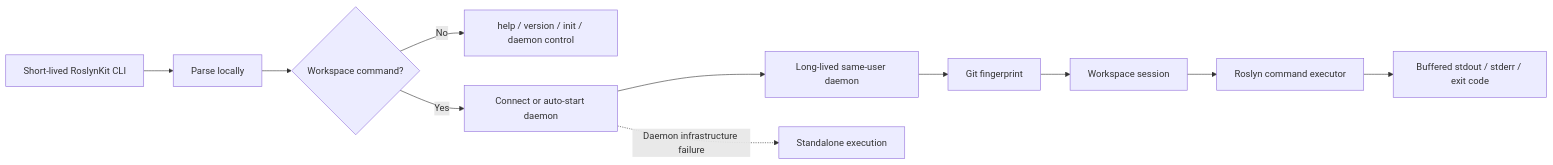
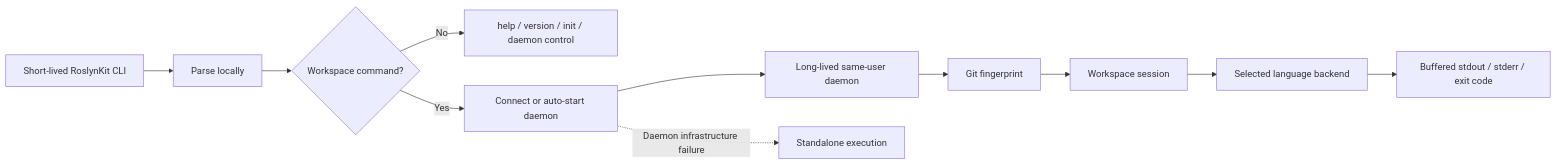
The diagram in docs/daemon.md (jgador/roslynkit), drawn with Mermaid before and after one commit. The commit also changed other lines of this file and 55 other files, not shown here.

````diff
--- a/docs/daemon.md
+++ b/docs/daemon.md
@@ -11,13 +11,13 @@
 ```mermaid
 flowchart LR
     CLI[Short-lived RoslynKit CLI] --> Parse[Parse locally]
     Parse --> Local{Workspace command?}
     Local -->|No| ExecuteLocal[help / version / init / daemon control]
     Local -->|Yes| Pipe[Connect or auto-start daemon]
     Pipe --> Daemon[Long-lived same-user daemon]
     Daemon --> Fingerprint[Git fingerprint]
     Fingerprint --> Session[Workspace session]
-    Session --> Executor[Roslyn command executor]
+    Session --> Executor[Selected language backend]
     Executor --> Response[Buffered stdout / stderr / exit code]
     Pipe -.->|Daemon infrastructure failure| Fallback[Standalone execution]
 ```
````
